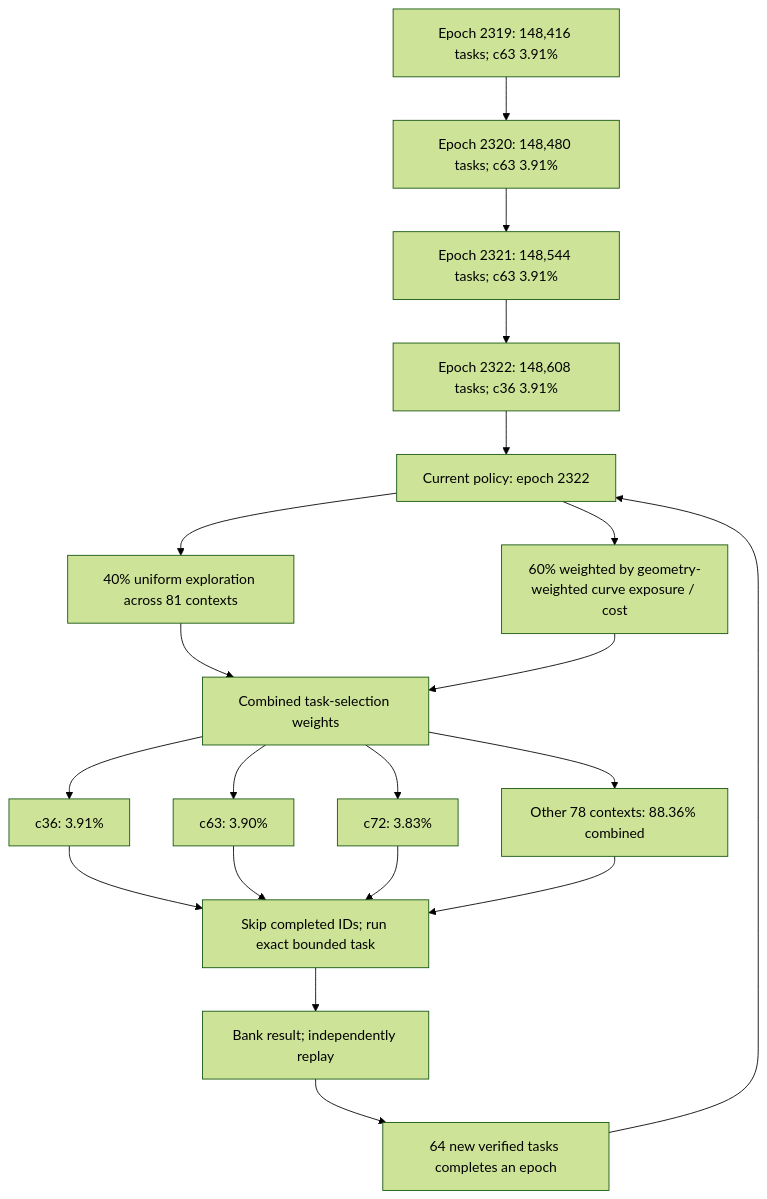
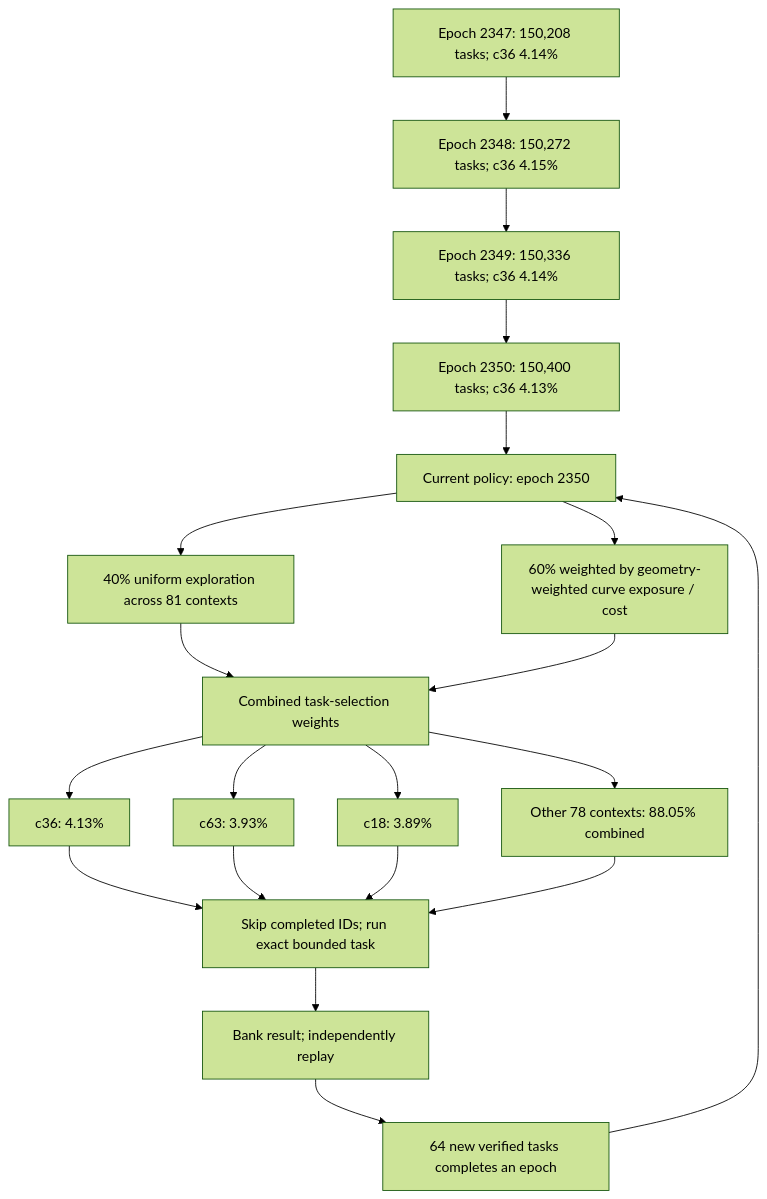
The first of 3 diagrams in README.md (Kuberwastaken/math-gambling), drawn with Mermaid (forest theme) before and after one commit. The commit also changed other lines of this file and 3590 other files, not shown here.

````diff
--- a/README.md
+++ b/README.md
@@ -56,27 +56,27 @@
 ```mermaid
 flowchart TD
-    H0["Epoch 2319: 148,416 tasks; c63 3.91%"]
-    H1["Epoch 2320: 148,480 tasks; c63 3.91%"]
+    H0["Epoch 2347: 150,208 tasks; c36 4.14%"]
+    H1["Epoch 2348: 150,272 tasks; c36 4.15%"]
     H0 --> H1
-    H2["Epoch 2321: 148,544 tasks; c63 3.91%"]
+    H2["Epoch 2349: 150,336 tasks; c36 4.14%"]
     H1 --> H2
-    H3["Epoch 2322: 148,608 tasks; c36 3.91%"]
+    H3["Epoch 2350: 150,400 tasks; c36 4.13%"]
     H2 --> H3
-    Policy["Current policy: epoch 2322"]
+    Policy["Current policy: epoch 2350"]
     H3 --> Policy
     Policy --> Explore["40% uniform exploration across 81 contexts"]
     Policy --> Cost["60% weighted by geometry-weighted curve exposure / cost"]
     Explore --> Mix["Combined task-selection weights"]
     Cost --> Mix
-    Mix --> C0["c36: 3.91%"]
-    Mix --> C1["c63: 3.90%"]
-    Mix --> C2["c72: 3.83%"]
-    Mix --> Rest["Other 78 contexts: 88.36% combined"]
+    Mix --> C0["c36: 4.13%"]
+    Mix --> C1["c63: 3.93%"]
+    Mix --> C2["c18: 3.89%"]
+    Mix --> Rest["Other 78 contexts: 88.05% combined"]
     C0 --> Check["Skip completed IDs; run exact bounded task"]
     C1 --> Check
     C2 --> Check
     Rest --> Check
     Check --> Replay["Bank result; independently replay"]
     Replay --> Gate["64 new verified tasks completes an epoch"]
     Gate --> Policy
 ```
````
